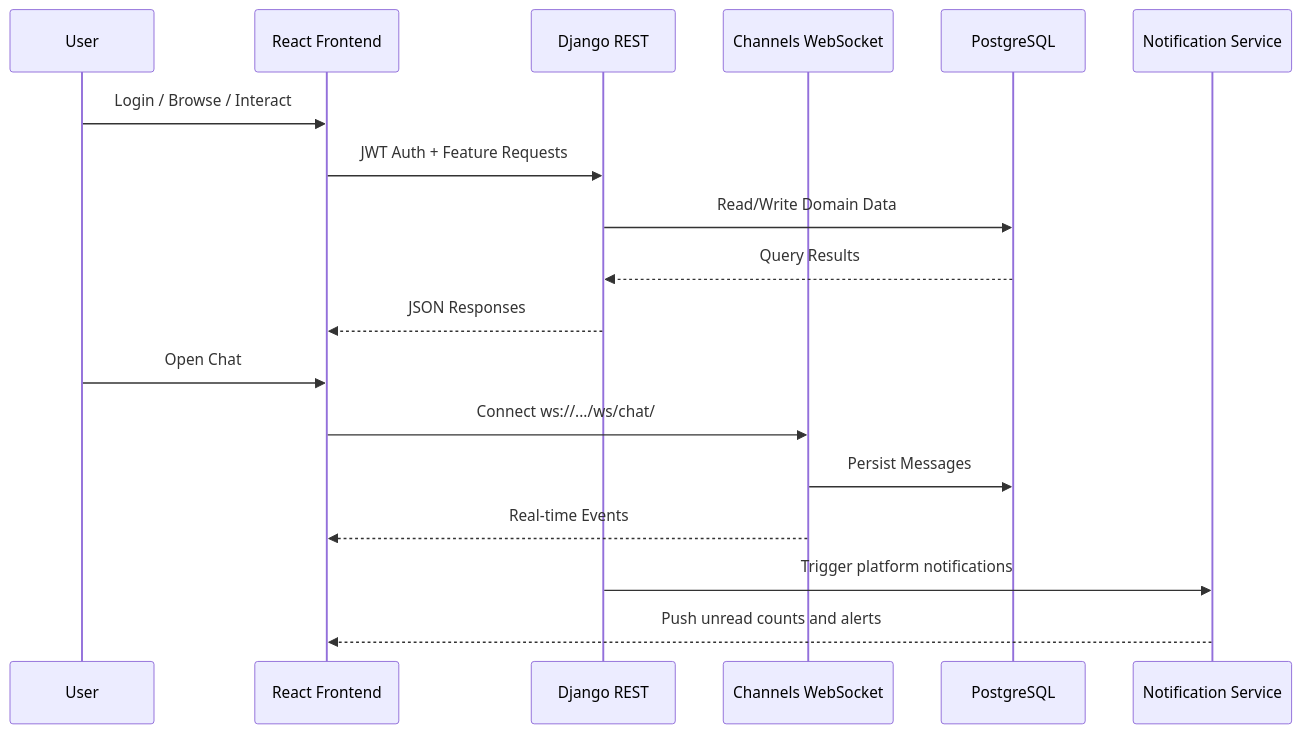
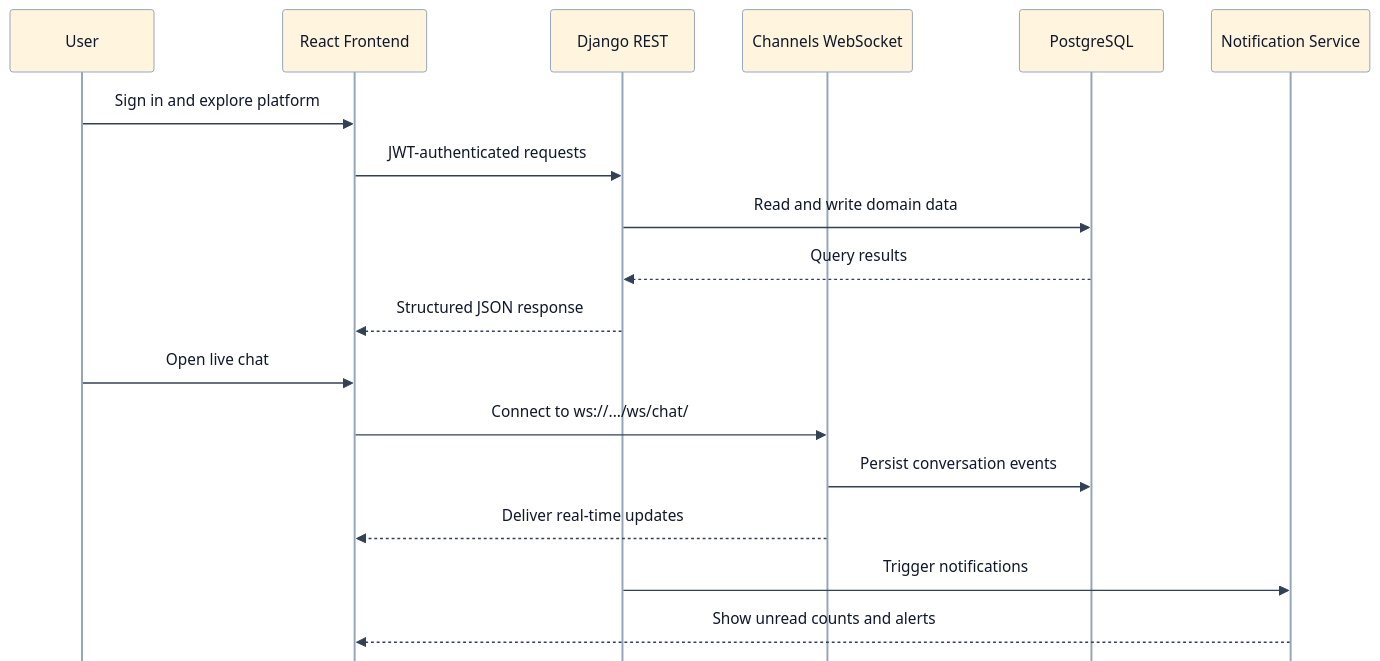
One commit to asef69/Core-BUETian--Your-BUETian-Social-Media-App changed the second of 3 diagrams in README.md. Above: the diagram before and after it, drawn with Mermaid. The commit also changed other lines of this file, not shown here.

Commit message:
final code push from Asef,may Allah grant us reward for the hardwork we have done for the past 3 months for the project

````diff
--- a/README.md
+++ b/README.md
@@ -70,21 +71,22 @@
 ```mermaid
+%%{init: {'theme':'base', 'sequence': {'mirrorActors': false}, 'themeVariables': { 'fontFamily': 'Segoe UI, Inter, sans-serif', 'fontSize': '16px', 'primaryTextColor': '#0F172A', 'textColor': '#0F172A', 'lineColor': '#64748B', 'actorBorder': '#94A3B8', 'actorTextColor': '#0F172A', 'signalColor': '#334155', 'signalTextColor': '#0F172A', 'noteBkgColor': '#EFF6FF', 'noteTextColor': '#0F172A' }}}%%
 sequenceDiagram
     participant User
     participant UI as React Frontend
     participant API as Django REST
     participant WS as Channels WebSocket
     participant DB as PostgreSQL
     participant NT as Notification Service
 
-    User->>UI: Login / Browse / Interact
-    UI->>API: JWT Auth + Feature Requests
-    API->>DB: Read/Write Domain Data
-    DB-->>API: Query Results
-    API-->>UI: JSON Responses
-    User->>UI: Open Chat
-    UI->>WS: Connect ws://.../ws/chat/
-    WS->>DB: Persist Messages
-    WS-->>UI: Real-time Events
-    API->>NT: Trigger platform notifications
-    NT-->>UI: Push unread counts and alerts
+    User->>UI: Sign in and explore platform
+    UI->>API: JWT-authenticated requests
+    API->>DB: Read and write domain data
+    DB-->>API: Query results
+    API-->>UI: Structured JSON response
+    User->>UI: Open live chat
+    UI->>WS: Connect to ws://.../ws/chat/
+    WS->>DB: Persist conversation events
+    WS-->>UI: Deliver real-time updates
+    API->>NT: Trigger notifications
+    NT-->>UI: Show unread counts and alerts
 ```
````
